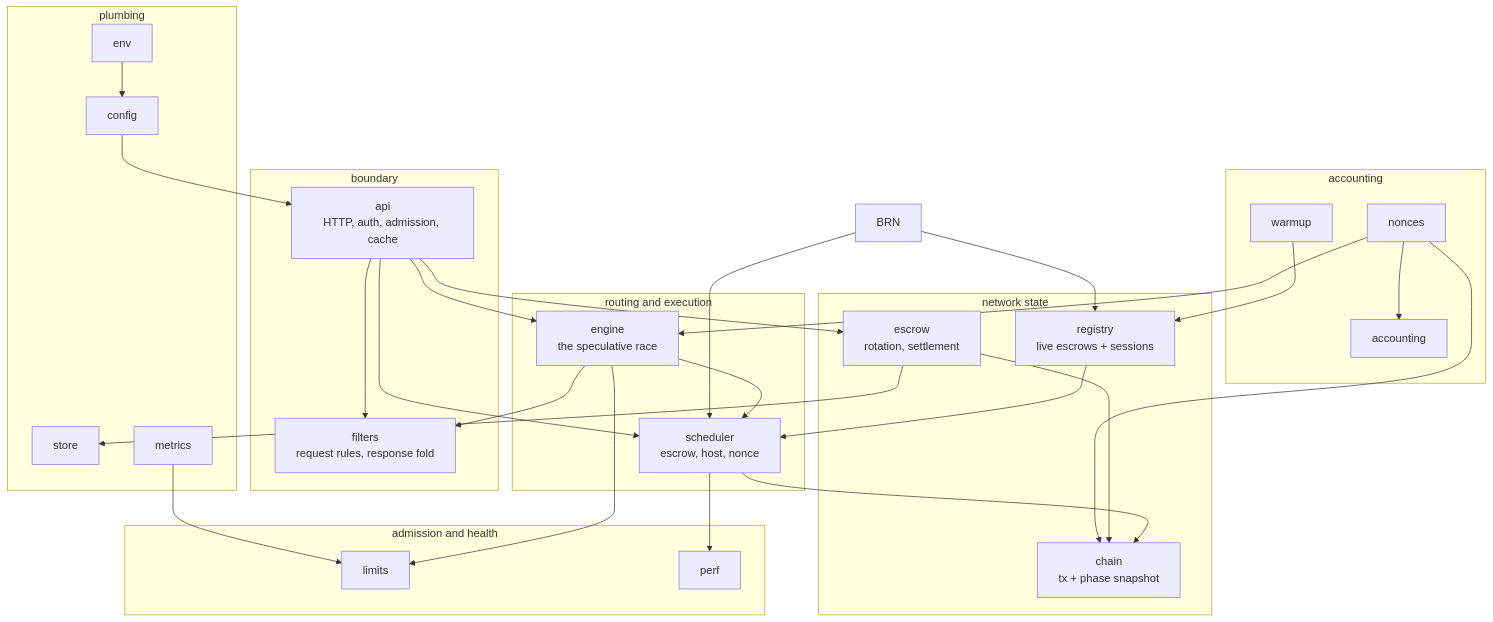
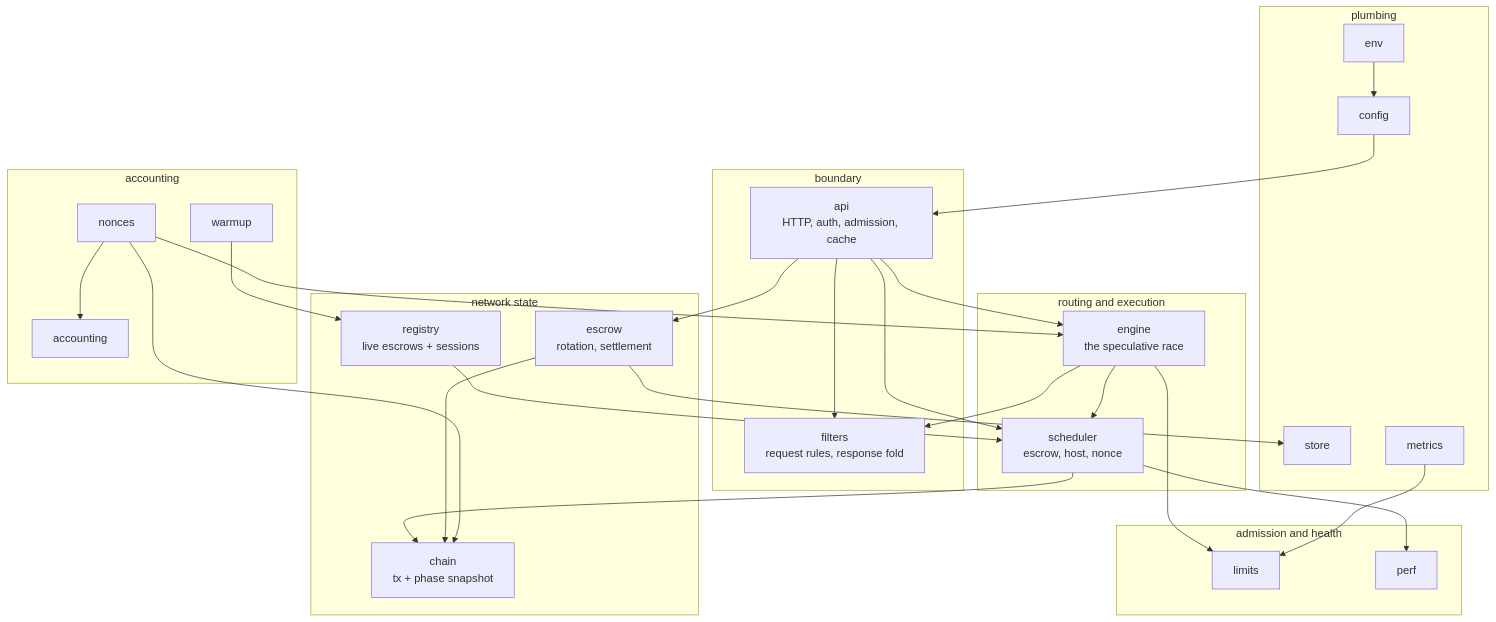
The first of 3 diagrams in devshard/cmd/gateway/docs/architecture.md (qdanik/gonka), drawn with Mermaid before and after one commit. The commit also changed other lines of this file and 5 other files, not shown here.

````diff
--- a/devshard/cmd/gateway/docs/architecture.md
+++ b/devshard/cmd/gateway/docs/architecture.md
@@ -15,53 +15,51 @@
 ```mermaid
 graph TD
     subgraph boundary["boundary"]
         API["api<br/>HTTP, auth, admission, cache"]
         FIL["filters<br/>request rules, response fold"]
     end
     subgraph routing["routing and execution"]
         SCH["scheduler<br/>escrow, host, nonce"]
         ENG["engine<br/>the speculative race"]
     end
     subgraph state["network state"]
         REG["registry<br/>live escrows + sessions"]
         ESC["escrow<br/>rotation, settlement"]
         CHN["chain<br/>tx + phase snapshot"]
     end
     subgraph health["admission and health"]
         LIM["limits"]
         PRF["perf"]
     end
     subgraph ledger["accounting"]
         NON["nonces"]
         ACC["accounting"]
         WRM["warmup"]
     end
     subgraph plumbing["plumbing"]
         CFG["config"]
         ENV["env"]
         STO["store"]
         MET["metrics"]
     end
 
     API --> FIL
     API --> SCH
     API --> ENG
     API --> ESC
     ENG --> SCH
     SCH --> PRF
     SCH --> CHN
     ENG --> LIM
     ENG --> FIL
     REG --> SCH
     ESC --> CHN
     ESC --> STO
     NON --> ACC
     NON --> ENG
     NON --> CHN
-    BRN --> SCH
-    BRN --> REG
     WRM --> REG
     ENV --> CFG
     CFG --> API
     MET --> LIM
 ```
````
